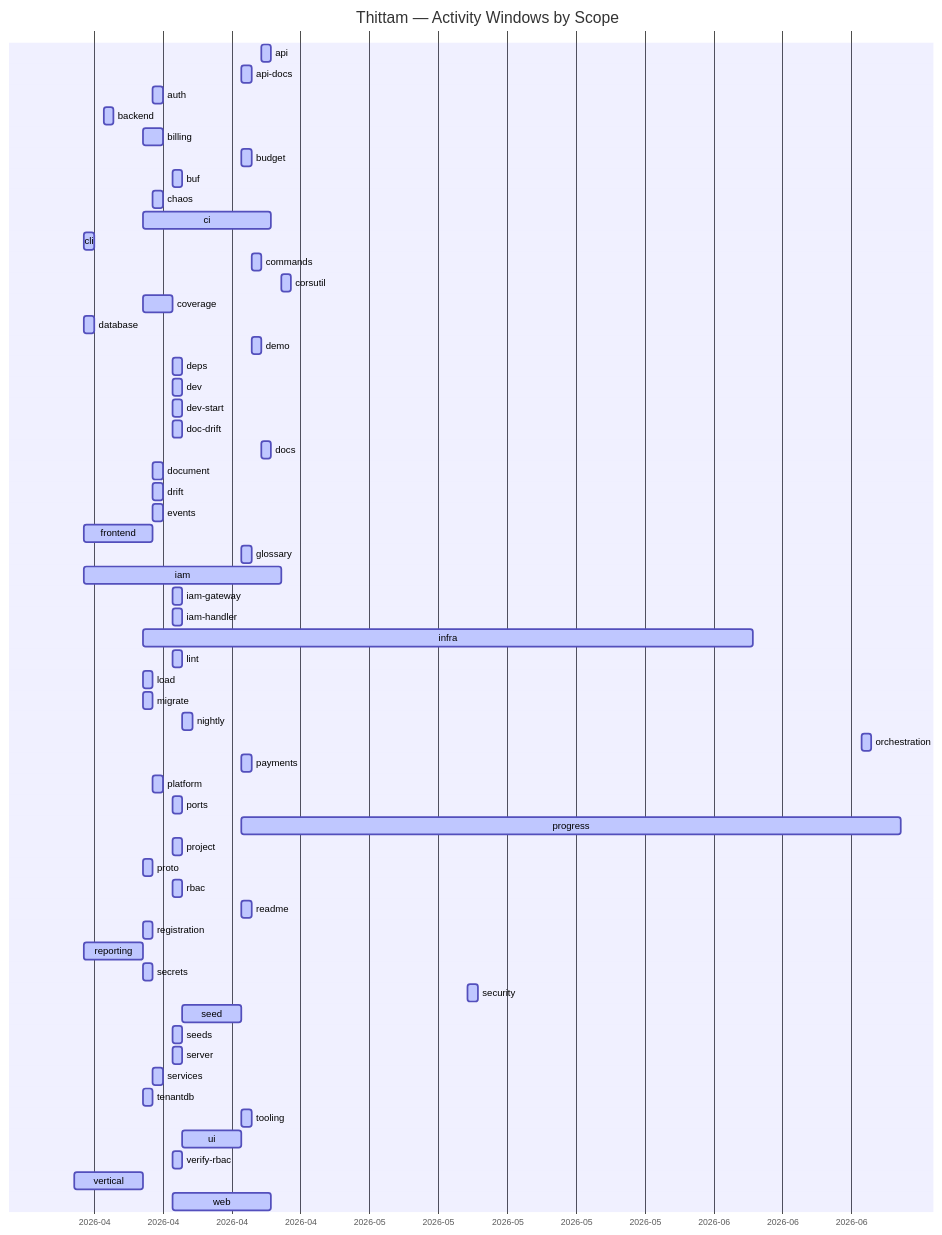
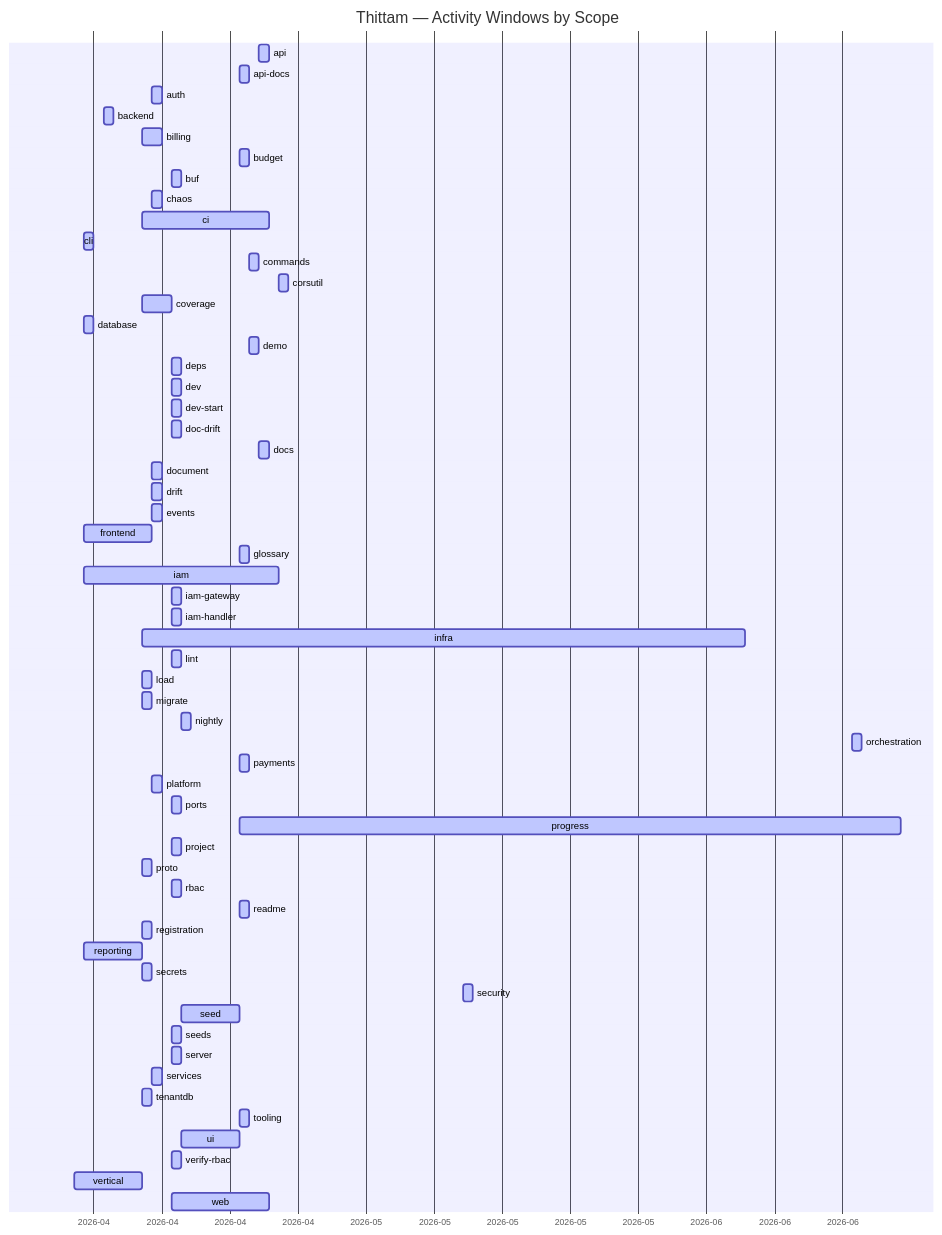
Before and after one commit to wegofwd2020-hub/thittam: the diagram in docs/PROGRESS.md, drawn with Mermaid. The commit also changed other lines of this file and 1 other file, not shown here.

Commit message:
chore(progress): nightly update of docs/PROGRESS.md + CSVs

````diff
--- a/docs/PROGRESS.md
+++ b/docs/PROGRESS.md
@@ -9,62 +9,62 @@
 ```mermaid
 gantt
     title Thittam — Activity Windows by Scope
     dateFormat YYYY-MM-DD
     axisFormat %Y-%m
     api                :active, s_api, 2026-04-22, 2026-04-23
     api-docs           :active, s_api_docs, 2026-04-20, 2026-04-21
     auth               :active, s_auth, 2026-04-11, 2026-04-12
     backend            :active, s_backend, 2026-04-06, 2026-04-07
     billing            :active, s_billing, 2026-04-10, 2026-04-12
     budget             :active, s_budget, 2026-04-20, 2026-04-21
     buf                :active, s_buf, 2026-04-13, 2026-04-14
     chaos              :active, s_chaos, 2026-04-11, 2026-04-12
     ci                 :active, s_ci, 2026-04-10, 2026-04-23
     cli                :active, s_cli, 2026-04-04, 2026-04-05
     commands           :active, s_commands, 2026-04-21, 2026-04-22
     corsutil           :active, s_corsutil, 2026-04-24, 2026-04-25
     coverage           :active, s_coverage, 2026-04-10, 2026-04-13
     database           :active, s_database, 2026-04-04, 2026-04-05
     demo               :active, s_demo, 2026-04-21, 2026-04-22
     deps               :active, s_deps, 2026-04-13, 2026-04-14
     dev                :active, s_dev, 2026-04-13, 2026-04-14
     dev-start          :active, s_dev_start, 2026-04-13, 2026-04-14
     doc-drift          :active, s_doc_drift, 2026-04-13, 2026-04-14
     docs               :active, s_docs, 2026-04-22, 2026-04-23
     document           :active, s_document, 2026-04-11, 2026-04-12
     drift              :active, s_drift, 2026-04-11, 2026-04-12
     events             :active, s_events, 2026-04-11, 2026-04-12
     frontend           :active, s_frontend, 2026-04-04, 2026-04-11
     glossary           :active, s_glossary, 2026-04-20, 2026-04-21
     iam                :active, s_iam, 2026-04-04, 2026-04-24
     iam-gateway        :active, s_iam_gateway, 2026-04-13, 2026-04-14
     iam-handler        :active, s_iam_handler, 2026-04-13, 2026-04-14
     infra              :active, s_infra, 2026-04-10, 2026-06-11
     lint               :active, s_lint, 2026-04-13, 2026-04-14
     load               :active, s_load, 2026-04-10, 2026-04-11
     migrate            :active, s_migrate, 2026-04-10, 2026-04-11
     nightly            :active, s_nightly, 2026-04-14, 2026-04-15
     orchestration      :active, s_orchestration, 2026-06-22, 2026-06-23
     payments           :active, s_payments, 2026-04-20, 2026-04-21
     platform           :active, s_platform, 2026-04-11, 2026-04-12
     ports              :active, s_ports, 2026-04-13, 2026-04-14
-    progress           :active, s_progress, 2026-04-20, 2026-06-26
+    progress           :active, s_progress, 2026-04-20, 2026-06-27
     project            :active, s_project, 2026-04-13, 2026-04-14
     proto              :active, s_proto, 2026-04-10, 2026-04-11
     rbac               :active, s_rbac, 2026-04-13, 2026-04-14
     readme             :active, s_readme, 2026-04-20, 2026-04-21
     registration       :active, s_registration, 2026-04-10, 2026-04-11
     reporting          :active, s_reporting, 2026-04-04, 2026-04-10
     secrets            :active, s_secrets, 2026-04-10, 2026-04-11
     security           :active, s_security, 2026-05-13, 2026-05-14
     seed               :active, s_seed, 2026-04-14, 2026-04-20
     seeds              :active, s_seeds, 2026-04-13, 2026-04-14
     server             :active, s_server, 2026-04-13, 2026-04-14
     services           :active, s_services, 2026-04-11, 2026-04-12
     tenantdb           :active, s_tenantdb, 2026-04-10, 2026-04-11
     tooling            :active, s_tooling, 2026-04-20, 2026-04-21
     ui                 :active, s_ui, 2026-04-14, 2026-04-20
     verify-rbac        :active, s_verify_rbac, 2026-04-13, 2026-04-14
     vertical           :active, s_vertical, 2026-04-03, 2026-04-10
     web                :active, s_web, 2026-04-13, 2026-04-23
 ```
````
